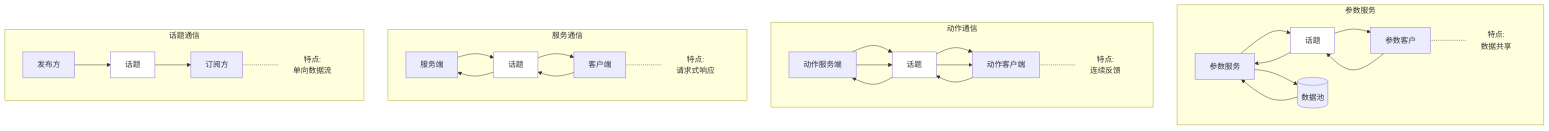
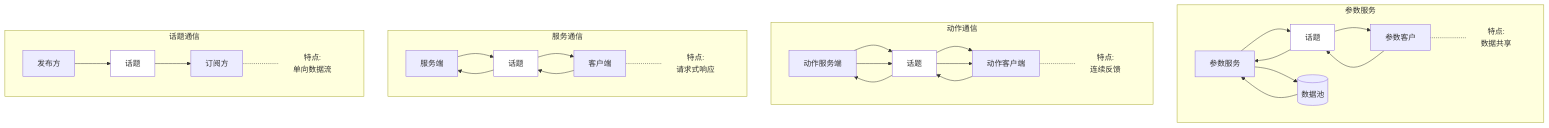
One commit to usrgj/My_Notes changed the diagram in Ros2/2通信机制核心.md. Above: the diagram before and after it, drawn with Mermaid. The commit also changed other lines of this file and 54 other files, not shown here.

````diff
--- a/Ros2/2通信机制核心.md
+++ b/Ros2/2通信机制核心.md
@@ -70,63 +76,63 @@
 ```mermaid
 graph TD
   subgraph 参数服务
     server4[参数服务]
     top4[话题]:::topic
     client4[参数客户]
     note4[特点: <br>数据共享]:::note
     data[(数据池)]
 
 
     client4-->top4
     top4-->client4
     top4-->server4
     server4-->top4
     client4-.-note4
     data-->server4-->data
 
   end  
   
   subgraph 动作通信
     server3[动作服务端]
     top3[话题]:::topic
     client3[动作客户端]
     note3[特点: <br>连续反馈]:::note
 
     client3-->top3
     top3-->client3
     top3-->server3
     server3-->top3
     client3-.-note3
     server3-->top3-->client3
 
   end
 
 
   subgraph 服务通信
     server[服务端]
     top2[话题]:::topic
     client[客户端]
     note2[特点: <br>请求式响应]:::note
 
     client-->top2
     top2-->client
     top2-->server
     server-->top2
     client-.-note2
 
   end
 
-    subgraph 话题通信
+  subgraph 话题通信
     pub[发布方]
     top1[话题]:::topic
     sub[订阅方]
     note1[特点: <br>单向数据流]:::note
 
     pub-->top1-->sub-.-note1
 
   end
 
 
   classDef topic fill:white;
-  classDef note fill:none, stroke-width: 0px;
+  classDef note fill: #FFFFDE, stroke-width: 0px, height: 67px;
 ```
````
